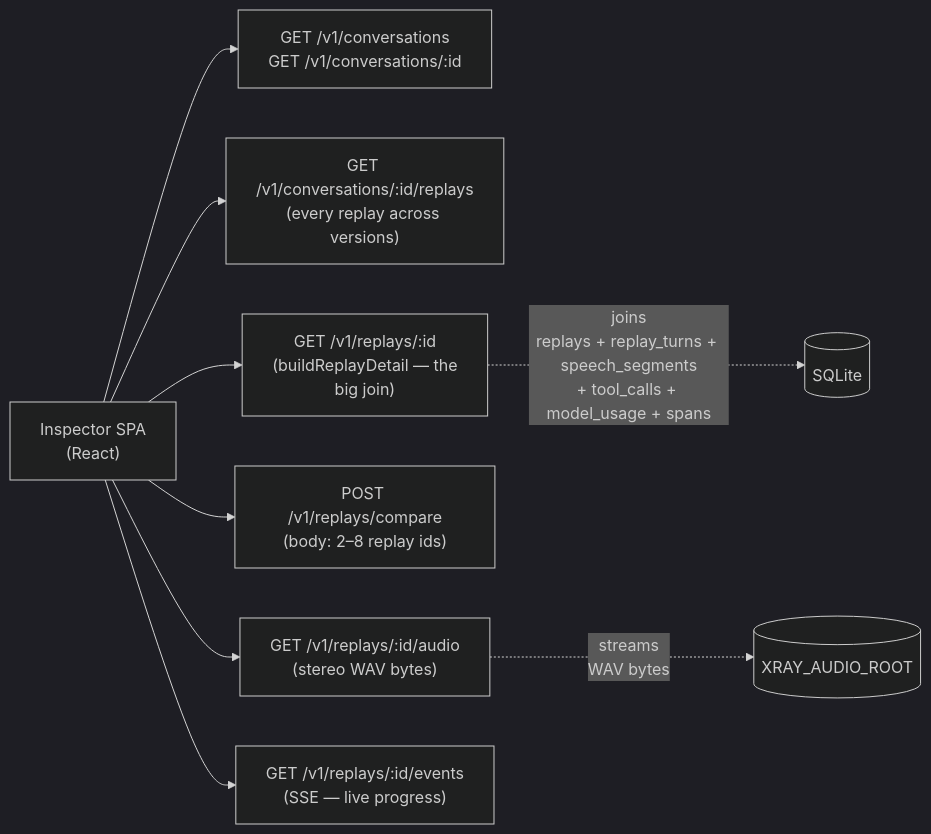
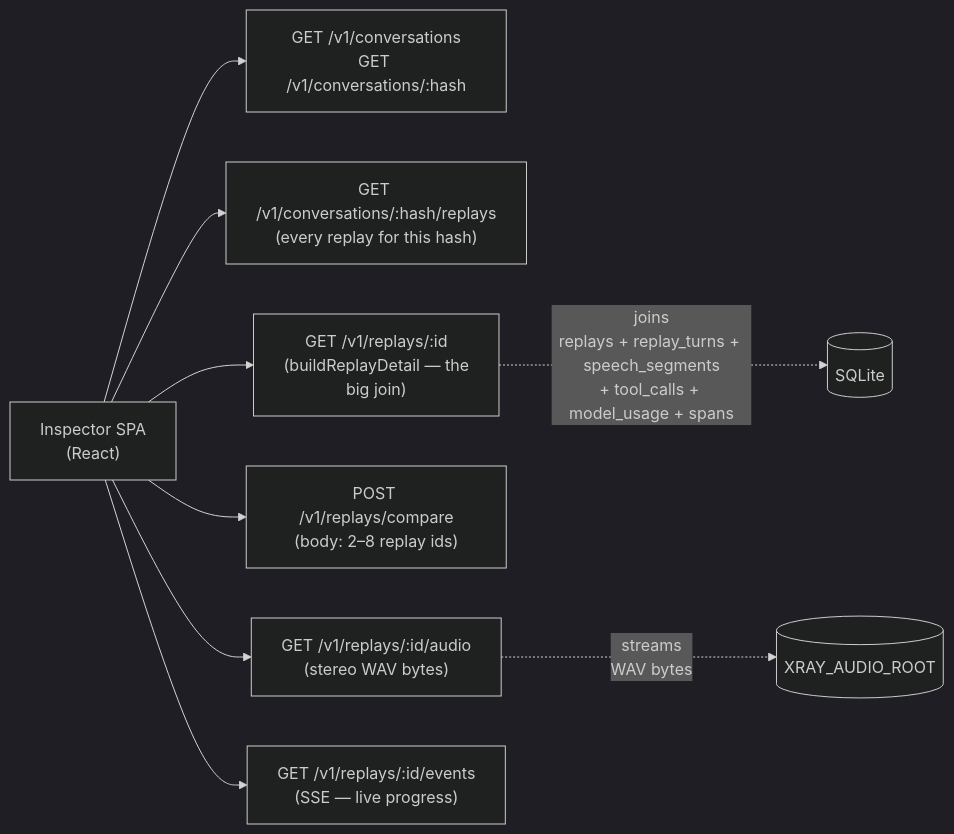
The fifth of 5 diagrams in docs/architecture.md (basilebong/xray), drawn with Mermaid (dark theme) before and after one commit. The commit also changed other lines of this file and 5 other files, not shown here.

````diff
--- a/docs/architecture.md
+++ b/docs/architecture.md
@@ -350,20 +354,20 @@
 ```mermaid
 flowchart LR
     UI["Inspector SPA<br/>(React)"]
-    EP1["GET /v1/conversations<br/>GET /v1/conversations/:id"]
-    EP2["GET /v1/conversations/:id/replays<br/>(every replay across versions)"]
+    EP1["GET /v1/conversations<br/>GET /v1/conversations/:hash"]
+    EP2["GET /v1/conversations/:hash/replays<br/>(every replay for this hash)"]
     EP3["GET /v1/replays/:id<br/>(buildReplayDetail — the<br/>big join)"]
     EP4["POST /v1/replays/compare<br/>(body: 2–8 replay ids)"]
     EP5["GET /v1/replays/:id/audio<br/>(stereo WAV bytes)"]
     EP6["GET /v1/replays/:id/events<br/>(SSE — live progress)"]
 
     UI --> EP1
     UI --> EP2
     UI --> EP3
     UI --> EP4
     UI --> EP5
     UI --> EP6
 
     EP3 -. "joins<br/>replays + replay_turns + speech_segments<br/>+ tool_calls + model_usage + spans" .-> DB[("SQLite")]
     EP5 -. "streams<br/>WAV bytes" .-> AUDIO[("XRAY_AUDIO_ROOT")]
 ```
````
